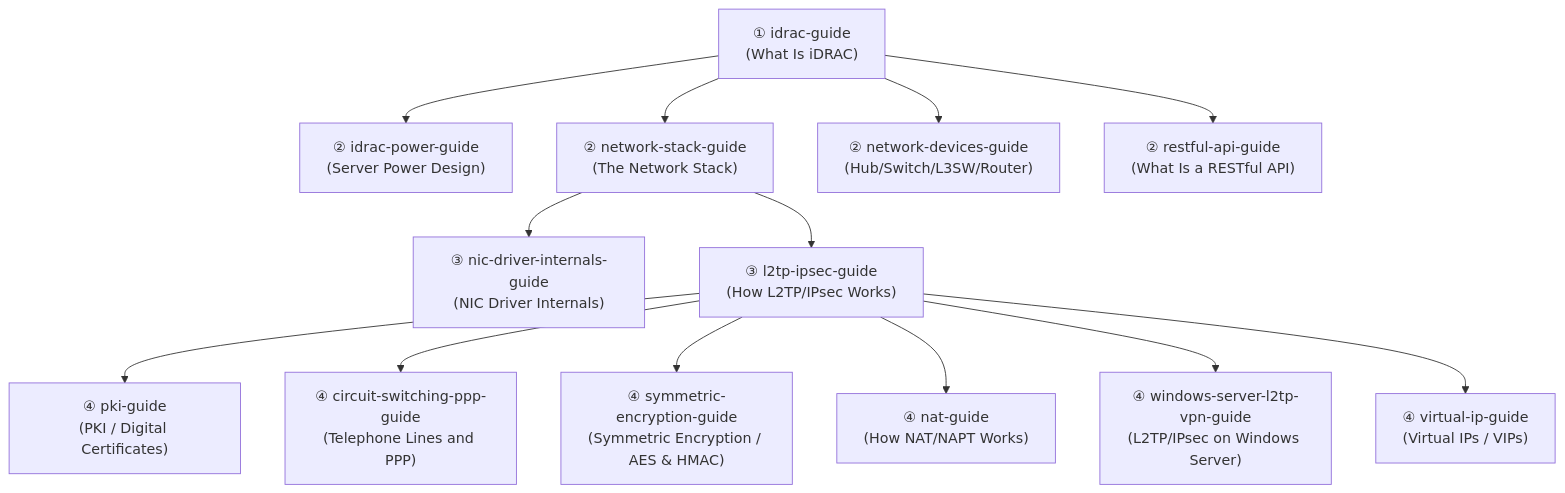
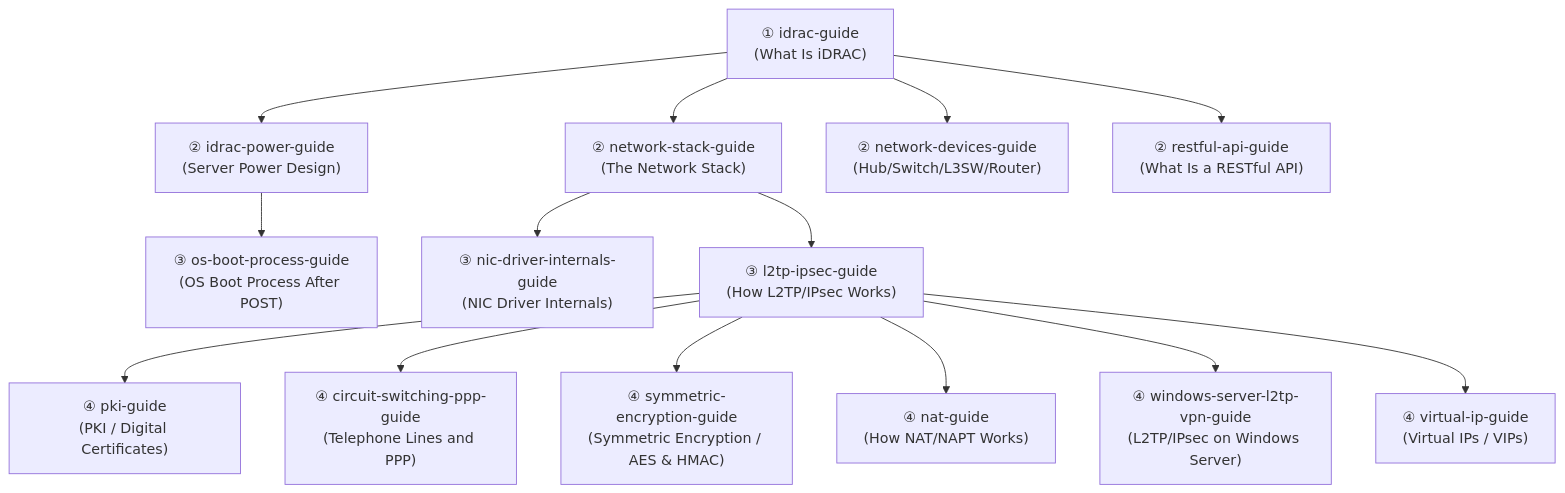
The diagram in src/pages/en/sitemap.md (koikoi1998/koikoi-blog-20260723), drawn with Mermaid before and after one commit. The commit also changed other lines of this file and 9 other files, not shown here.

````diff
--- a/src/pages/en/sitemap.md
+++ b/src/pages/en/sitemap.md
@@ -20,29 +20,31 @@
 ```mermaid
 graph TB
     Idrac["① idrac-guide<br/>(What Is iDRAC)"]
     Power["② idrac-power-guide<br/>(Server Power Design)"]
     Net["② network-stack-guide<br/>(The Network Stack)"]
     Devices["② network-devices-guide<br/>(Hub/Switch/L3SW/Router)"]
     Api["② restful-api-guide<br/>(What Is a RESTful API)"]
+    Boot["③ os-boot-process-guide<br/>(OS Boot Process After POST)"]
     Nic["③ nic-driver-internals-guide<br/>(NIC Driver Internals)"]
     L2tp["③ l2tp-ipsec-guide<br/>(How L2TP/IPsec Works)"]
     Pki["④ pki-guide<br/>(PKI / Digital Certificates)"]
     Circuit["④ circuit-switching-ppp-guide<br/>(Telephone Lines and PPP)"]
     Sym["④ symmetric-encryption-guide<br/>(Symmetric Encryption / AES & HMAC)"]
     Nat["④ nat-guide<br/>(How NAT/NAPT Works)"]
     Winvpn["④ windows-server-l2tp-vpn-guide<br/>(L2TP/IPsec on Windows Server)"]
     Vip["④ virtual-ip-guide<br/>(Virtual IPs / VIPs)"]
 
     Idrac --> Power
     Idrac --> Net
     Idrac --> Devices
     Idrac --> Api
+    Power --> Boot
     Net --> Nic
     Net --> L2tp
     L2tp --> Pki
     L2tp --> Circuit
     L2tp --> Sym
     L2tp --> Nat
     L2tp --> Winvpn
     L2tp --> Vip
 ```
````
